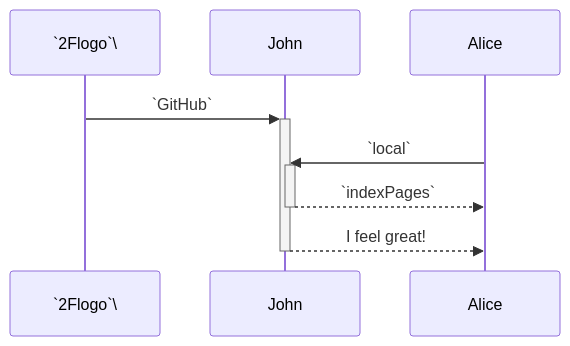
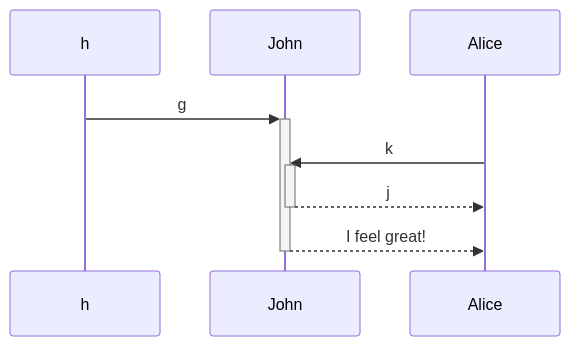
The first of 4 diagrams in .swm/860qfwrre.2b9fg.sw.md (Noaozer/NoaRepo), drawn with Mermaid before and after one commit. The commit also changed other lines of this file, not shown here.

Commit message:
docs(swimm): update doc: "#860qfwrre"

````diff
--- a/.swm/860qfwrre.2b9fg.sw.md
+++ b/.swm/860qfwrre.2b9fg.sw.md
@@ -9,8 +9,8 @@
 ```mermaid
 sequenceDiagram
-`2Flogo`\->>+John: `GitHub`
-Alice->>+John: `local`
-John-->>-Alice: `indexPages`
+h->>+John: g
+Alice->>+John: k
+John-->>-Alice: j
 John-->>-Alice: I feel great!
 
 ```
````
